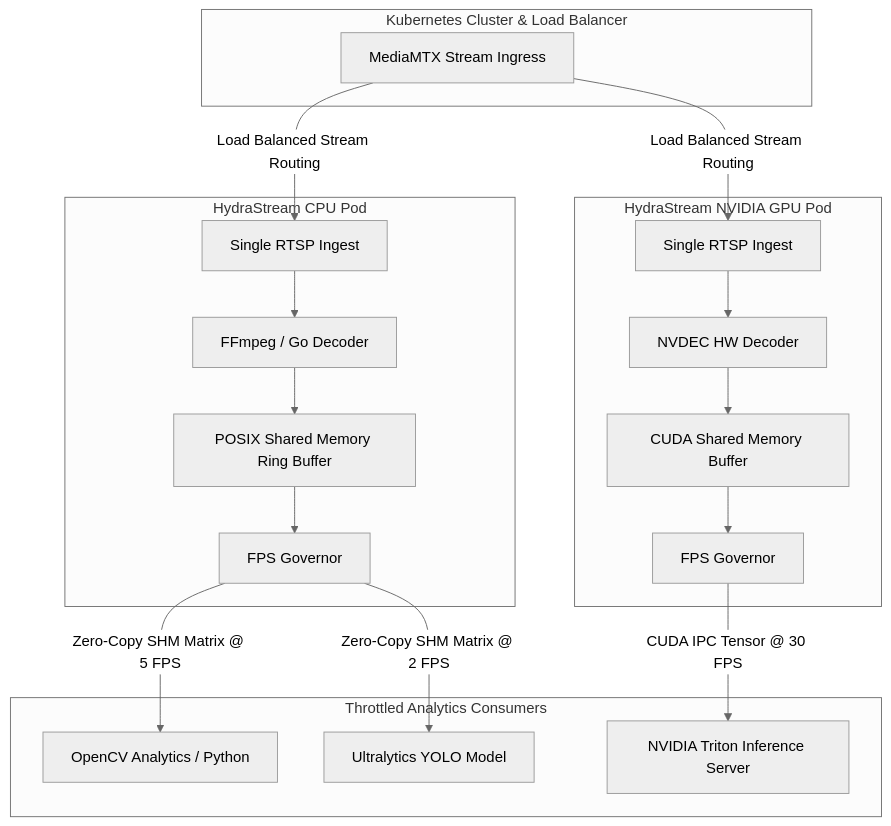
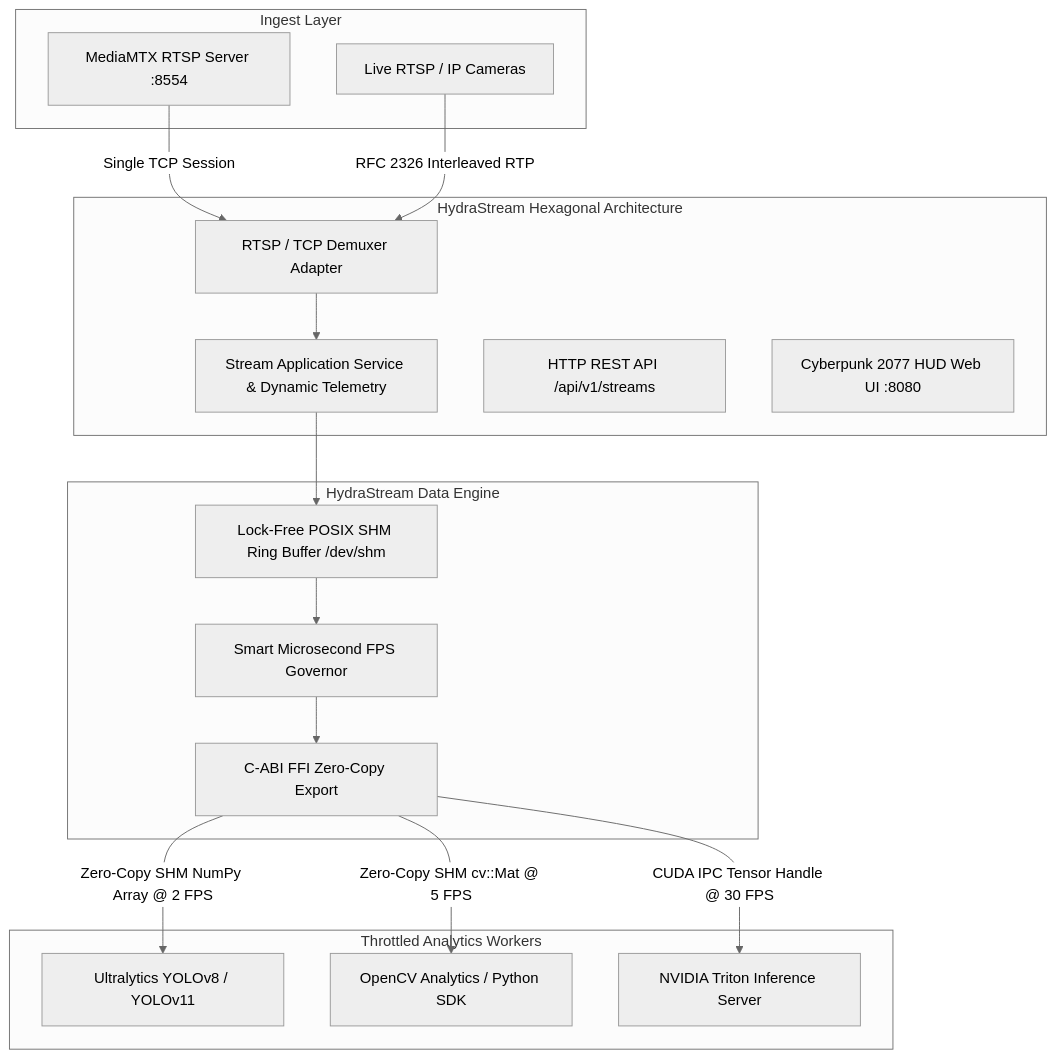
Before and after one commit to eduardomdalmaso/HydraStream: the diagram in README.md, drawn with Mermaid (neutral theme). The commit also changed other lines of this file and 1 other file, not shown here.

Commit message:
docs: update README.md and README.pt-BR.md with latest architecture, benchmarks, and commands

````diff
--- a/README.md
+++ b/README.md
@@ -43,27 +43,33 @@
 ```mermaid
 flowchart TD
-    subgraph K8s Cluster [Kubernetes Cluster & Load Balancer]
-        MediaMTX[MediaMTX Stream Ingress]
+    subgraph Stream Ingress [Ingest Layer]
+        MediaMTX[MediaMTX RTSP Server :8554]
+        IPCam[Live RTSP / IP Cameras]
     end
 
-    subgraph HydraStream CPU Module [HydraStream CPU Pod]
-        IngestCPU[Single RTSP Ingest] --> DecodeCPU[FFmpeg / Go Decoder]
-        DecodeCPU --> SHM_CPU[POSIX Shared Memory Ring Buffer]
-        SHM_CPU --> GovCPU[FPS Governor]
+    subgraph Go Control Plane [HydraStream Hexagonal Architecture]
+        IngestAdapter[RTSP / TCP Demuxer Adapter]
+        StreamService[Stream Application Service & Dynamic Telemetry]
+        RESTRouter[HTTP REST API /api/v1/streams]
+        CyberpunkUI[Cyberpunk 2077 HUD Web UI :8080]
     end
 
-    subgraph HydraStream GPU Module [HydraStream NVIDIA GPU Pod]
-        IngestGPU[Single RTSP Ingest] --> DecodeGPU[NVDEC HW Decoder]
-        DecodeGPU --> CUDA_IPC[CUDA Shared Memory Buffer]
-        CUDA_IPC --> GovGPU[FPS Governor]
+    subgraph Rust Data Plane [HydraStream Data Engine]
+        SHM_Ring[Lock-Free POSIX SHM Ring Buffer /dev/shm]
+        Gov[Smart Microsecond FPS Governor]
+        FFI[C-ABI FFI Zero-Copy Export]
     end
 
-    MediaMTX -->|Load Balanced Stream Routing| IngestCPU
-    MediaMTX -->|Load Balanced Stream Routing| IngestGPU
+    MediaMTX -->|Single TCP Session| IngestAdapter
+    IPCam -->|RFC 2326 Interleaved RTP| IngestAdapter
+    IngestAdapter --> StreamService
+    StreamService --> SHM_Ring
+    SHM_Ring --> Gov
+    Gov --> FFI
 
-    subgraph Analytics Workers [Throttled Analytics Consumers]
-        GovCPU -->|Zero-Copy SHM Matrix @ 5 FPS| OpenCV[OpenCV Analytics / Python]
-        GovCPU -->|Zero-Copy SHM Matrix @ 2 FPS| YOLO[Ultralytics YOLO Model]
-        GovGPU -->|CUDA IPC Tensor @ 30 FPS| Triton[NVIDIA Triton Inference Server]
+    subgraph Analytics Consumers [Throttled Analytics Workers]
+        FFI -->|Zero-Copy SHM NumPy Array @ 2 FPS| PythonYOLO[Ultralytics YOLOv8 / YOLOv11]
+        FFI -->|Zero-Copy SHM cv::Mat @ 5 FPS| OpenCV[OpenCV Analytics / Python SDK]
+        FFI -->|CUDA IPC Tensor Handle @ 30 FPS| Triton[NVIDIA Triton Inference Server]
     end
 ```
````
